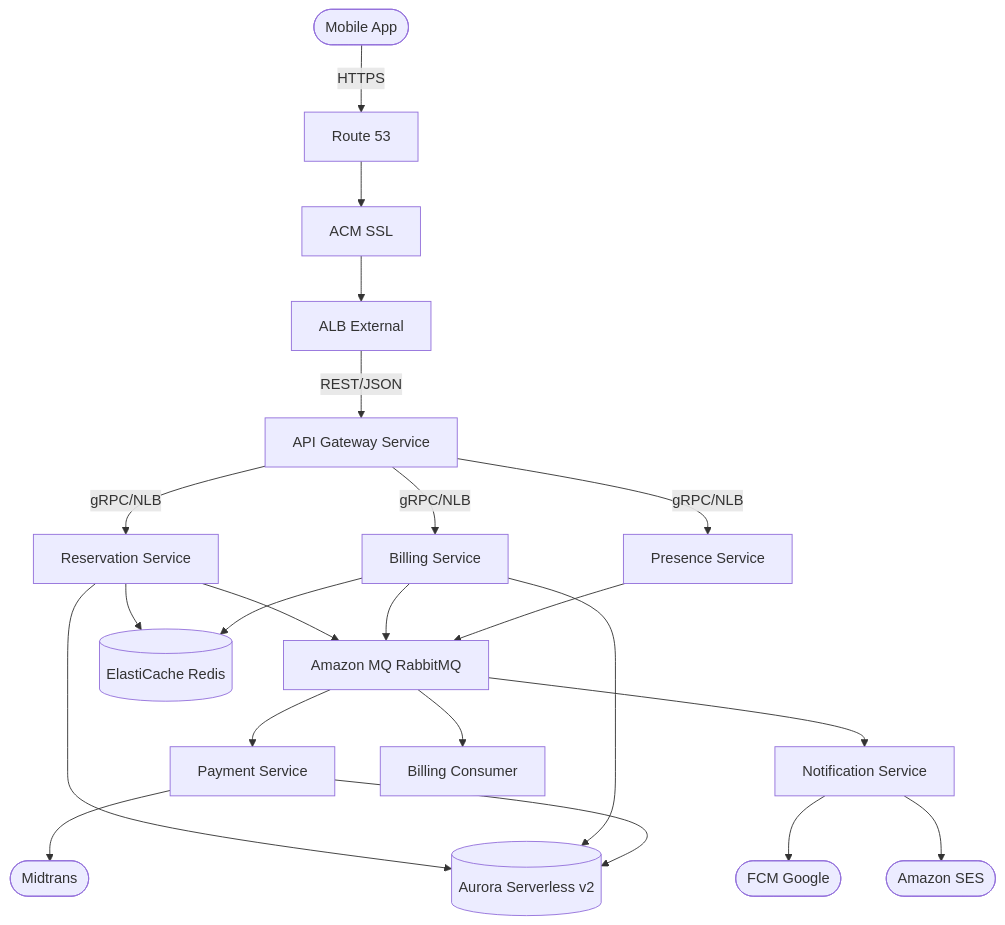
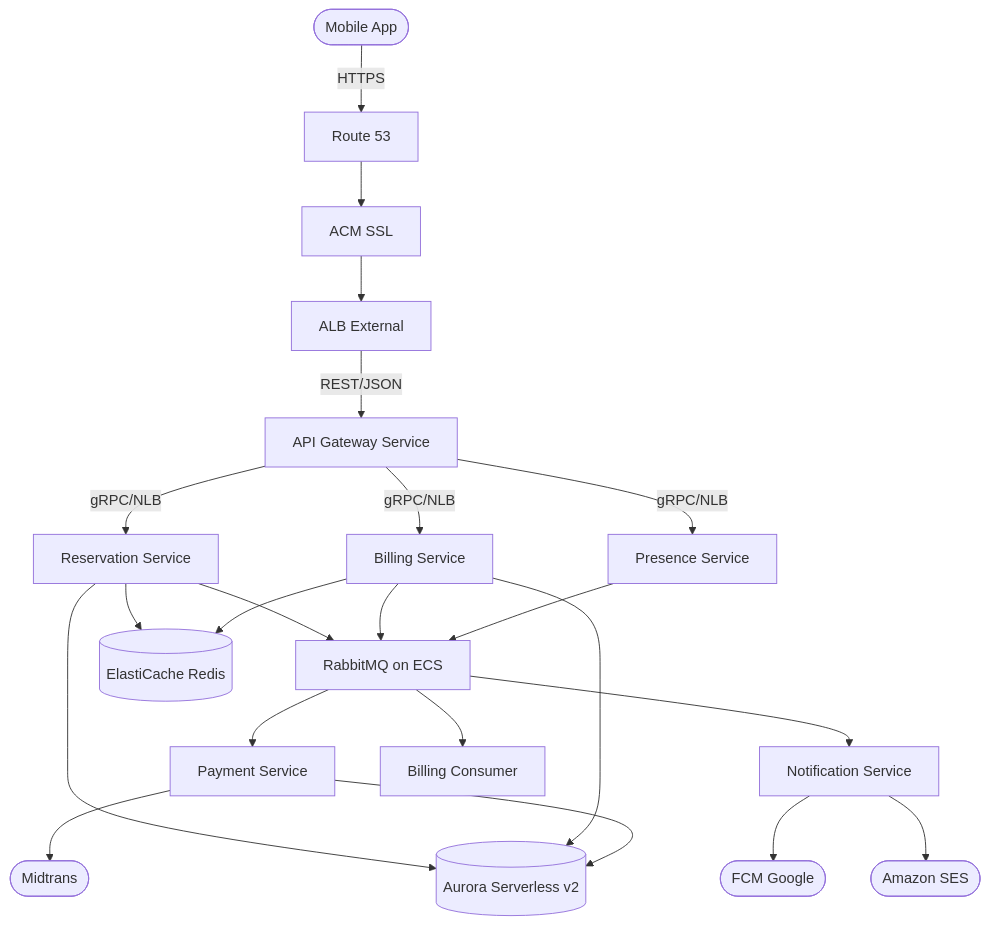
One commit to edysupardi/parkirpintar changed the first of 7 diagrams in README.md. Above: the diagram before and after it, drawn with Mermaid. The commit also changed other lines of this file, not shown here.

````diff
--- a/README.md
+++ b/README.md
@@ -93,19 +93,19 @@
 ```mermaid
 graph TD
     App([Mobile App]) -->|HTTPS| R53[Route 53]
     R53 --> ACM[ACM SSL]
     ACM --> ALB[ALB External]
     ALB -->|REST/JSON| GW[API Gateway Service]
     GW -->|gRPC/NLB| RS[Reservation Service]
     GW -->|gRPC/NLB| BS[Billing Service]
     GW -->|gRPC/NLB| PS[Presence Service]
-    RS & BS & PS --> MQ[Amazon MQ RabbitMQ]
+    RS & BS & PS --> MQ[RabbitMQ on ECS]
     MQ --> PAY[Payment Service]
     MQ --> NOTIF[Notification Service]
     MQ --> BC[Billing Consumer]
     PAY --> MID([Midtrans])
     NOTIF --> FCM([FCM Google])
     NOTIF --> SES([Amazon SES])
     RS & BS & PAY --> DB[(Aurora Serverless v2)]
     RS & BS --> REDIS[(ElastiCache Redis)]
 ```
````
